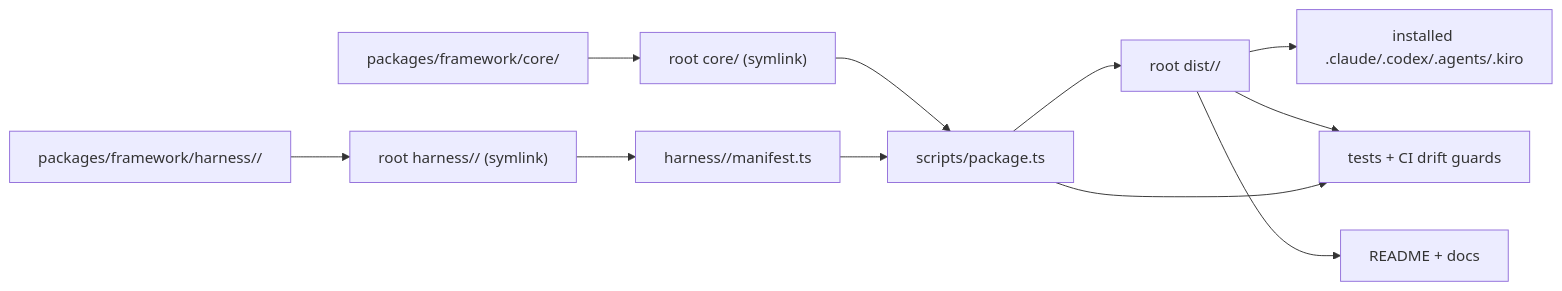
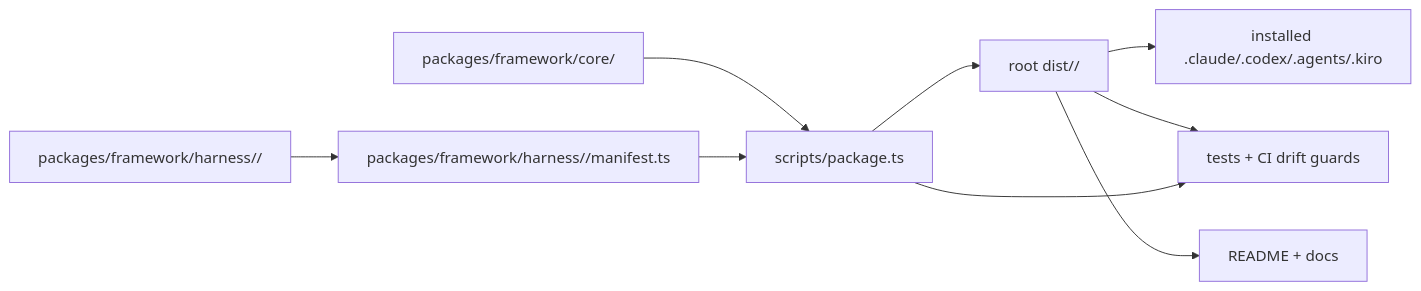
One commit to amadeus-dlc/amadeus changed the first of 5 diagrams in amadeus/spaces/default/codekb/installer-distribution/architecture.md. Above: the diagram before and after it, drawn with Mermaid. The commit also changed other lines of this file and 10 other files, not shown here.

````diff
--- a/amadeus/spaces/default/codekb/installer-distribution/architecture.md
+++ b/amadeus/spaces/default/codekb/installer-distribution/architecture.md
@@ -7,24 +7,20 @@
 ```mermaid
 flowchart LR
   FrameworkCore["packages/framework/core/"]
   FrameworkHarness["packages/framework/harness/<name>/"]
-  SymCore["root core/ (symlink)"]
-  SymHarness["root harness/<name>/ (symlink)"]
-  Manifest["harness/<name>/manifest.ts"]
+  Manifest["packages/framework/harness/<name>/manifest.ts"]
   Packager["scripts/package.ts"]
   Dist["root dist/<name>/"]
   Runtime["installed .claude/.codex/.agents/.kiro"]
   Tests["tests + CI drift guards"]
   Docs["README + docs"]
 
-  FrameworkCore --> SymCore
-  FrameworkHarness --> SymHarness
-  SymCore --> Packager
-  SymHarness --> Manifest
+  FrameworkCore --> Packager
+  FrameworkHarness --> Manifest
   Manifest --> Packager
   Packager --> Dist
   Dist --> Runtime
   Dist --> Tests
   Packager --> Tests
   Dist --> Docs
 ```
````
